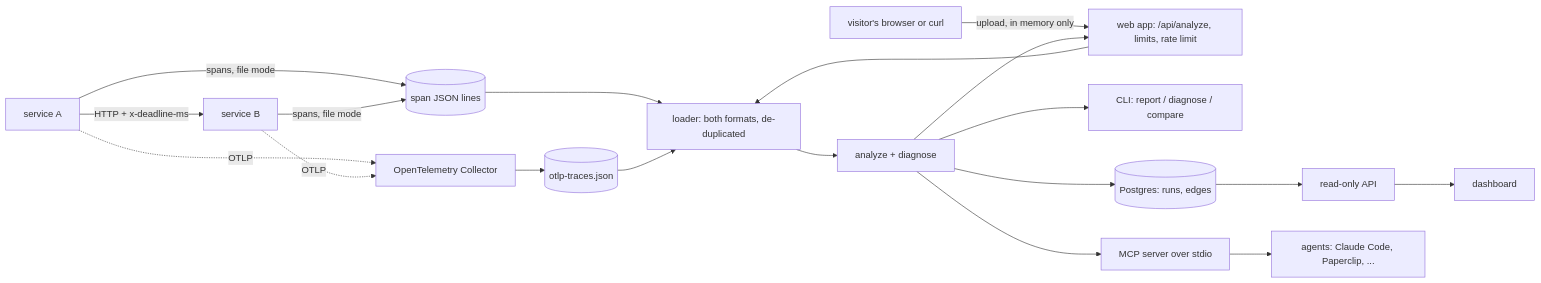
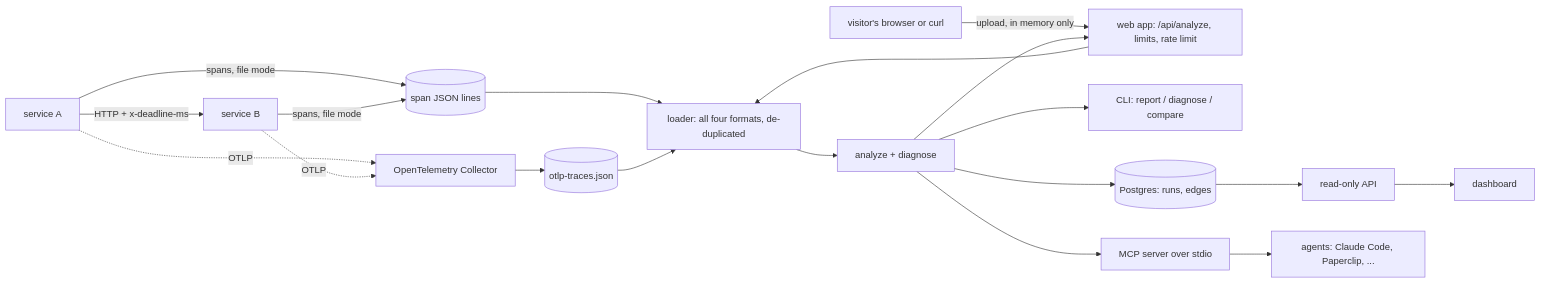
The second of 2 diagrams in docs/DESIGN.md (rkb32/overload-xray), drawn with Mermaid before and after one commit. The commit also changed 8 other files, not shown here.

````diff
--- a/docs/DESIGN.md
+++ b/docs/DESIGN.md
@@ -26,19 +26,19 @@
 ```mermaid
 flowchart LR
     A[service A] -->|HTTP + x-deadline-ms| B[service B]
     A -- spans, file mode --> F[(span JSON lines)]
     B -- spans, file mode --> F
     A -. OTLP .-> C[OpenTelemetry Collector]
     B -. OTLP .-> C
     C --> G[(otlp-traces.json)]
-    F --> L[loader: both formats, de-duplicated]
+    F --> L[loader: all four formats, de-duplicated]
     G --> L
     V[visitor's browser or curl] -->|upload, in memory only| W[web app: /api/analyze, limits, rate limit]
     W --> L
     L --> N[analyze + diagnose]
     N --> W
     N --> CLI[CLI: report / diagnose / compare]
     N --> S[(Postgres: runs, edges)]
     S --> API[read-only API] --> UI[dashboard]
     N --> M[MCP server over stdio] --> AG[agents: Claude Code, Paperclip, ...]
 ```
````
